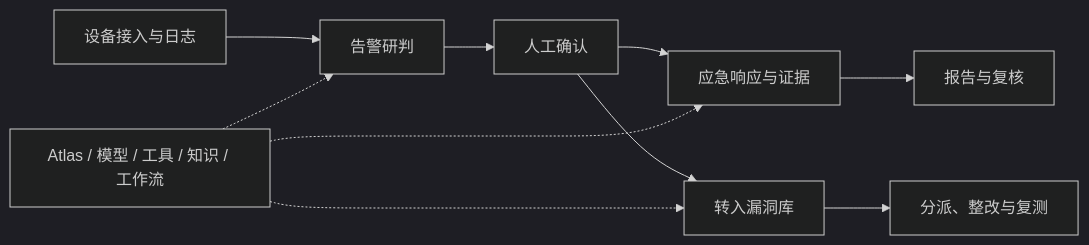
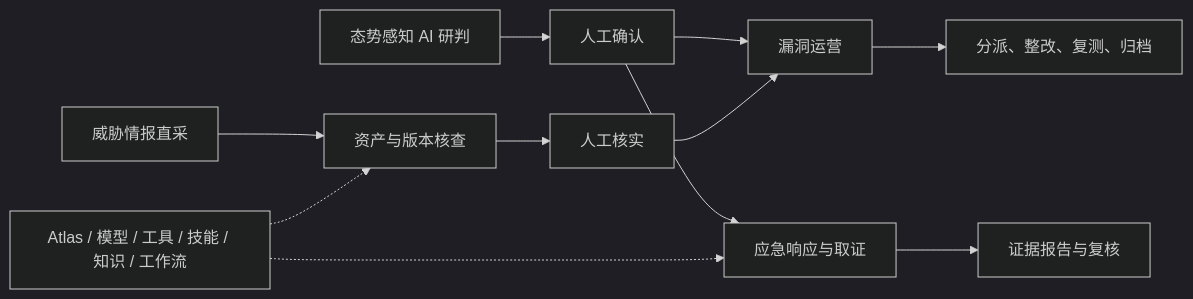
Before and after one commit to knot07/AegisOps: the diagram in README.md, drawn with Mermaid (dark theme). The commit also changed other lines of this file and 177 other files, not shown here.

````diff
--- a/README.md
+++ b/README.md
@@ -48,12 +36,13 @@
 ```mermaid
 flowchart LR
- A[设备接入与日志] --> B[告警研判]
- B --> C[人工确认]
- C --> D[应急响应与证据]
- C --> E[转入漏洞库]
- D --> F[报告与复核]
- E --> G[分派、整改与复测]
- H[Atlas / 模型 / 工具 / 知识 / 工作流] -.-> B
- H -.-> D
- H -.-> E
+    A[态势感知 AI 研判] --> B[人工确认]
+    B --> C[应急响应与取证]
+    B --> D[漏洞运营]
+    E[威胁情报直采] --> F[资产与版本核查]
+    F --> G[人工核实]
+    G --> D
+    C --> H[证据报告与复核]
+    D --> I[分派、整改、复测、归档]
+    J[Atlas / 模型 / 工具 / 技能 / 知识 / 工作流] -.-> C
+    J -.-> F
 ```
````
